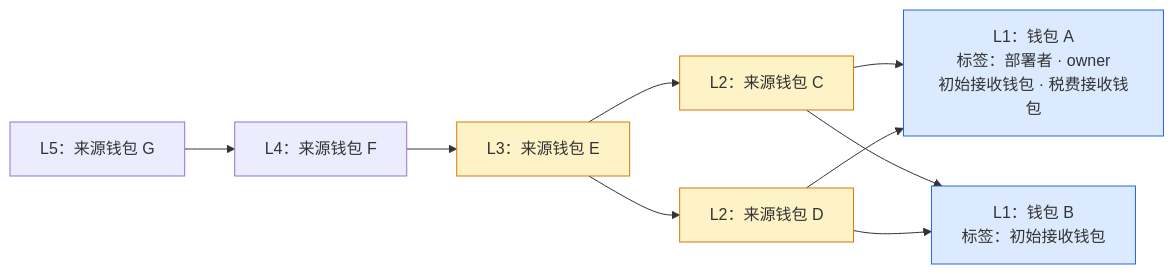
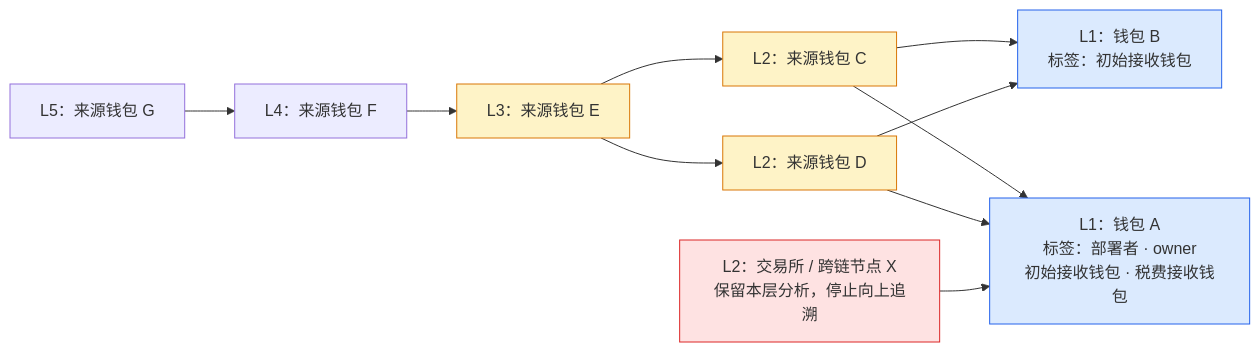
Before and after one commit to useryege/athena-o: the diagram in docs/requirements/token/token-wallet-funding-graph.md, drawn with Mermaid. The commit also changed other lines of this file and 69 other files, not shown here.

````diff
--- a/docs/requirements/token/token-wallet-funding-graph.md
+++ b/docs/requirements/token/token-wallet-funding-graph.md
@@ -15,16 +15,19 @@
 ```mermaid
 flowchart LR
     G["L5：来源钱包 G"] --> F["L4：来源钱包 F"]
     F --> E["L3：来源钱包 E"]
     E --> C["L2：来源钱包 C"]
     E --> D["L2：来源钱包 D"]
     C --> A["L1：钱包 A<br/>标签：部署者 · owner<br/>初始接收钱包 · 税费接收钱包"]
     C --> B["L1：钱包 B<br/>标签：初始接收钱包"]
     D --> B
     D --> A
+    X["L2：交易所 / 跨链节点 X<br/>保留本层分析，停止向上追溯"] --> A
 
     classDef direct fill:#dbeafe,stroke:#2563eb
     classDef shared fill:#fef3c7,stroke:#d97706
+    classDef terminal fill:#fee2e2,stroke:#dc2626
     class A,B direct
     class C,D,E shared
+    class X terminal
 ```
````
